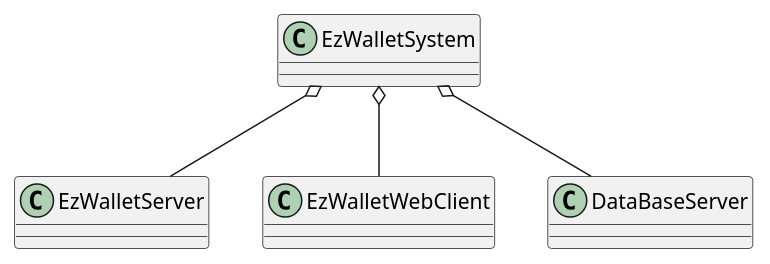
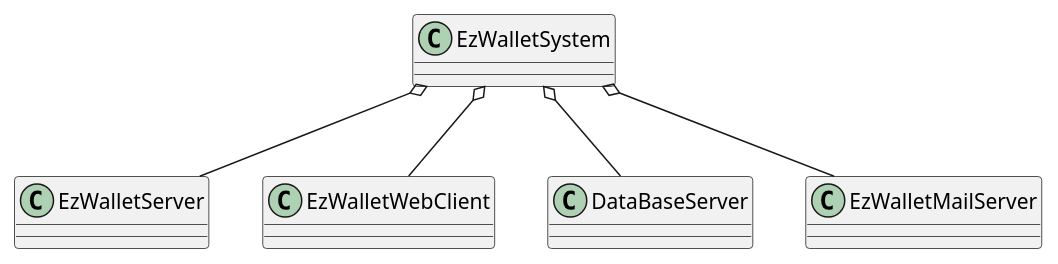
One commit to lara-m2000/ezwallet changed the fourth of 5 diagrams in RequirementsDocumentV2.md. Above: the diagram before and after it, drawn with PlantUML. The commit also changed other lines of this file, not shown here.

Commit message:
docs: updates use cases, system design, deployment diagram

````diff
--- a/RequirementsDocumentV2.md
+++ b/RequirementsDocumentV2.md
@@ -1067,14 +1084,15 @@
 ```plantuml
 @startuml
 
 class EzWalletSystem
 class EzWalletServer
 class EzWalletWebClient
 
 EzWalletSystem o-- EzWalletServer
 EzWalletSystem o-- DataBaseServer
 EzWalletSystem o-- EzWalletWebClient
+EzWalletSystem o-- EzWalletMailServer
 
 
 @enduml
 ```
````
